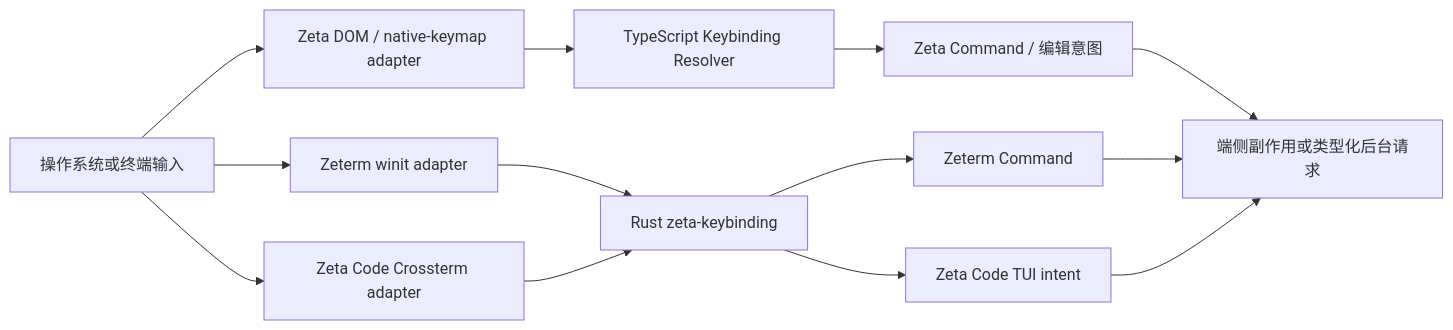
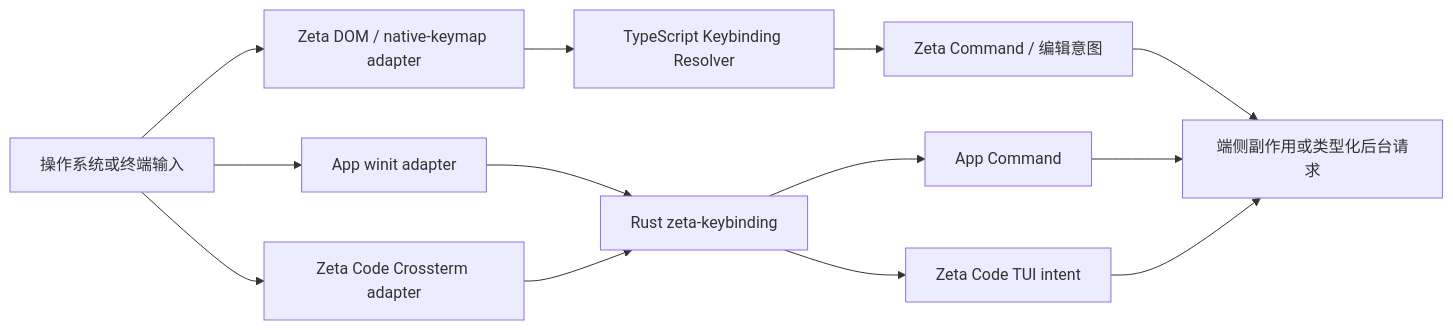
The diagram in docs/keybindings.md (chogng/zeta), drawn with Mermaid before and after one commit. The commit also changed other lines of this file and 895 other files, not shown here.

First line of the commit message:
refactor!: rename zeterm product to app

````diff
--- a/docs/keybindings.md
+++ b/docs/keybindings.md
@@ -35,15 +35,15 @@
 ```mermaid
 flowchart LR
     OS[操作系统或终端输入] --> ZA[Zeta DOM / native-keymap adapter]
-    OS --> ZTA[Zeterm winit adapter]
+    OS --> ZTA[App winit adapter]
     OS --> ZCA[Zeta Code Crossterm adapter]
     ZA --> ZTS[TypeScript Keybinding Resolver]
     ZTA --> RK[Rust zeta-keybinding]
     ZCA --> RK
     ZTS --> ZM[Zeta Command / 编辑意图]
-    RK --> ZTM[Zeterm Command]
+    RK --> ZTM[App Command]
     RK --> ZCM[Zeta Code TUI intent]
     ZM --> EFFECT[端侧副作用或类型化后台请求]
     ZTM --> EFFECT
     ZCM --> EFFECT
 ```
````
